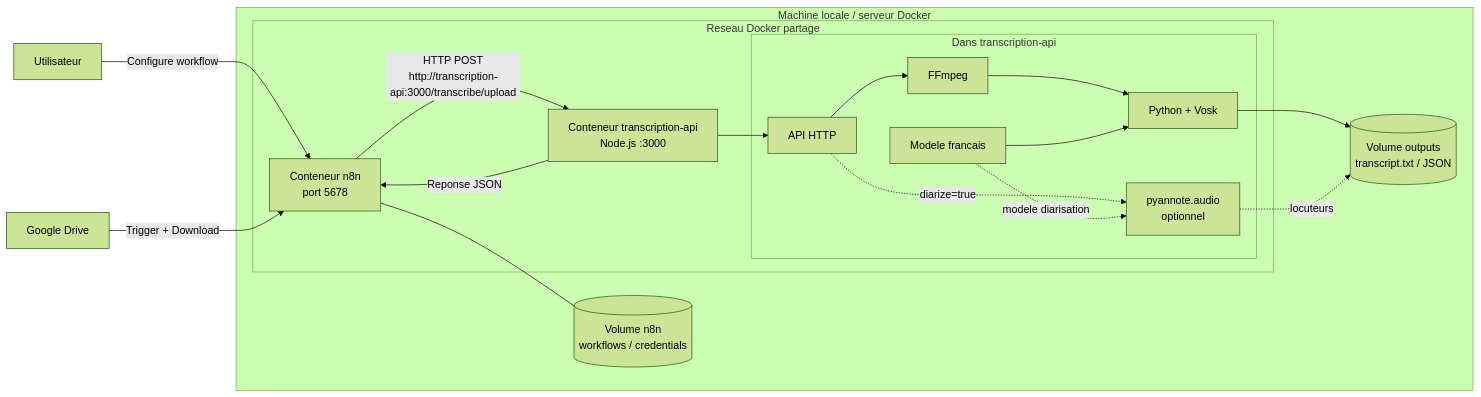
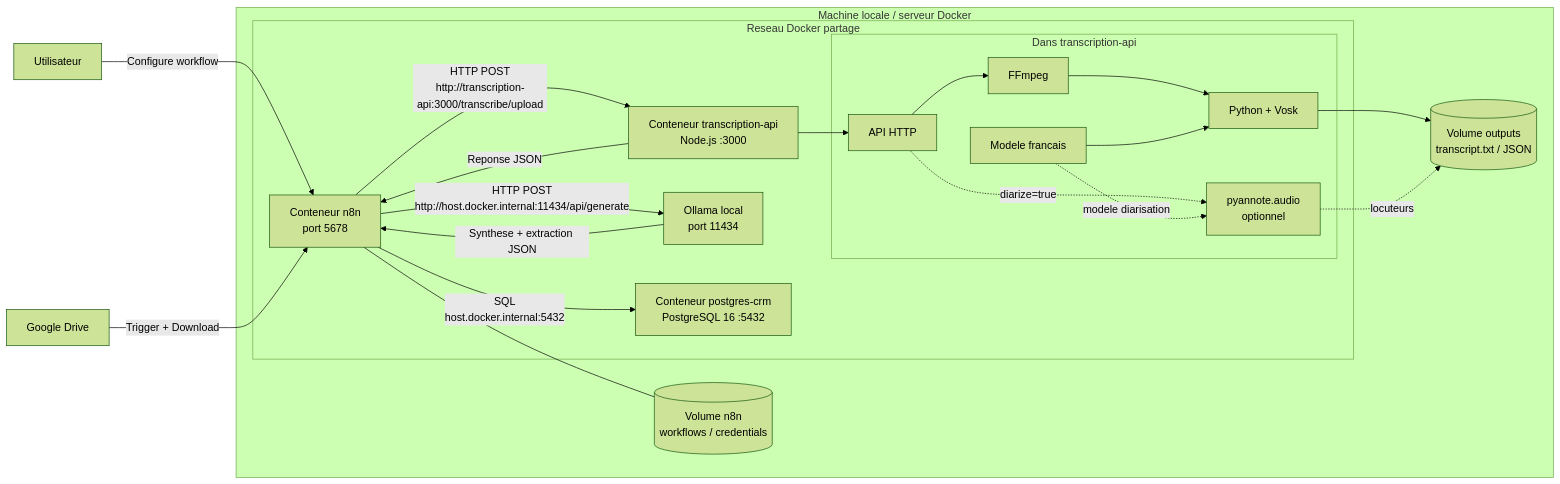
One commit to souhak00/transcription-api changed the third of 8 diagrams in ARCHITECTURE.md. Above: the diagram before and after it, drawn with Mermaid (forest theme). The commit also changed other lines of this file and 15 other files, not shown here.

Commit message:
Add CRM PostgreSQL architecture and n8n backup docs

````diff
--- a/ARCHITECTURE.md
+++ b/ARCHITECTURE.md
@@ -82,35 +123,40 @@
 ```mermaid
 flowchart LR
     User["Utilisateur"]
     Drive["Google Drive"]
 
     subgraph Host["Machine locale / serveur Docker"]
         subgraph Network["Reseau Docker partage"]
             N8N["Conteneur n8n<br/>port 5678"]
             API["Conteneur transcription-api<br/>Node.js :3000"]
+            Ollama["Ollama local<br/>port 11434"]
+            Postgres["Conteneur postgres-crm<br/>PostgreSQL 16 :5432"]
 
             subgraph APIImage["Dans transcription-api"]
                 Server["API HTTP"]
                 FFmpeg["FFmpeg"]
                 Python["Python + Vosk"]
                 Pyannote["pyannote.audio<br/>optionnel"]
                 Model["Modele francais"]
             end
         end
 
         N8NVolume[("Volume n8n<br/>workflows / credentials")]
         Outputs[("Volume outputs<br/>transcript.txt / JSON")]
     end
 
     User -->|"Configure workflow"| N8N
     Drive -->|"Trigger + Download"| N8N
     N8N -->|"HTTP POST<br/>http://transcription-api:3000/transcribe/upload"| API
+    N8N -->|"HTTP POST<br/>http://host.docker.internal:11434/api/generate"| Ollama
+    N8N -->|"SQL<br/>host.docker.internal:5432"| Postgres
     API --> Server --> FFmpeg --> Python
     Server -. "diarize=true" .-> Pyannote
     Model --> Python
     Model -. "modele diarisation" .-> Pyannote
     Python --> Outputs
     Pyannote -. "locuteurs" .-> Outputs
     API -->|"Reponse JSON"| N8N
+    Ollama -->|"Synthese + extraction JSON"| N8N
     N8N --- N8NVolume
 ```
````
